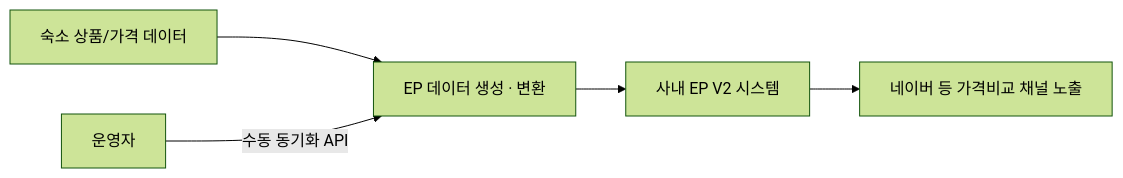
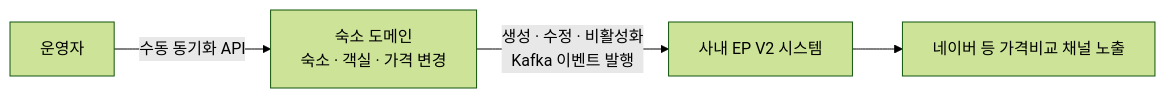
Before and after one commit to leeheefull/leeheefull.github.io: the diagram in portfolio/src/content/projects/mrt-ep-feed.md, drawn with Mermaid (forest theme). The commit also changed other lines of this file and 10 other files, not shown here.

````diff
--- a/portfolio/src/content/projects/mrt-ep-feed.md
+++ b/portfolio/src/content/projects/mrt-ep-feed.md
@@ -10,7 +10,6 @@
 ```mermaid
 flowchart LR
-    A["숙소 상품/가격 데이터"] --> B["EP 데이터 생성 · 변환"]
-    B --> C["사내 EP V2 시스템"]
-    C --> D["네이버 등 가격비교 채널 노출"]
-    E["운영자"] -->|"수동 동기화 API"| B
+    A["숙소 도메인<br/>숙소 · 객실 · 가격 변경"] -->|"생성 · 수정 · 비활성화<br/>Kafka 이벤트 발행"| B["사내 EP V2 시스템"]
+    B --> C["네이버 등 가격비교 채널 노출"]
+    D["운영자"] -->|"수동 동기화 API"| A
 ```
````
